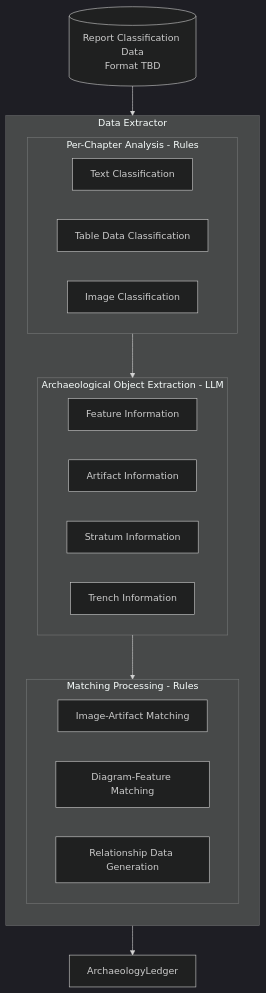
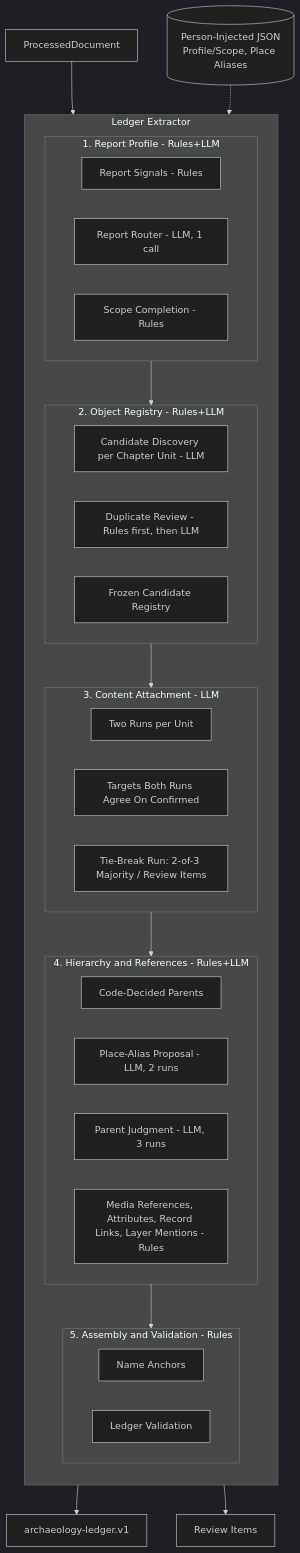
Before and after one commit to heripo-lab/heripo-engine: the fifth of 6 diagrams in docs/architecture.md, drawn with Mermaid (dark theme). The commit also changed other lines of this file and 12 other files, not shown here.

````diff
--- a/docs/architecture.md
+++ b/docs/architecture.md
@@ -356,30 +371,43 @@
 ```mermaid
 flowchart TB
-    subgraph DataExtractor[Data Extractor]
+    subgraph LedgerExtractor[Ledger Extractor]
         direction TB
 
-        subgraph Analysis[Per-Chapter Analysis - Rules]
-            A1[Text Classification]
-            A2[Table Data Classification]
-            A3[Image Classification]
+        subgraph Profile[1. Report Profile - Rules+LLM]
+            R1[Report Signals - Rules]
+            R2[Report Router - LLM, 1 call]
+            R3[Scope Completion - Rules]
         end
 
-        subgraph Extract[Archaeological Object Extraction - LLM]
-            E1[Feature Information]
-            E2[Artifact Information]
-            E3[Stratum Information]
-            E4[Trench Information]
+        subgraph Registry[2. Object Registry - Rules+LLM]
+            D1[Candidate Discovery per Chapter Unit - LLM]
+            D2[Duplicate Review - Rules first, then LLM]
+            D3[Frozen Candidate Registry]
         end
 
-        subgraph Match[Matching Processing - Rules]
-            M1[Image-Artifact Matching]
-            M2[Diagram-Feature Matching]
-            M3[Relationship Data Generation]
+        subgraph Attach[3. Content Attachment - LLM]
+            A1[Two Runs per Unit]
+            A2[Targets Both Runs Agree On Confirmed]
+            A3[Tie-Break Run: 2-of-3 Majority / Review Items]
         end
 
-        Analysis --> Extract --> Match
+        subgraph Relate[4. Hierarchy and References - Rules+LLM]
+            P1[Code-Decided Parents]
+            P2[Place-Alias Proposal - LLM, 2 runs]
+            P3[Parent Judgment - LLM, 3 runs]
+            P4[Media References, Attributes, Record Links, Layer Mentions - Rules]
+        end
+
+        subgraph Validate[5. Assembly and Validation - Rules]
+            V1[Name Anchors]
+            V2[Ledger Validation]
+        end
+
+        Profile --> Registry --> Attach --> Relate --> Validate
     end
 
-    Classified[(Report Classification Data<br/>Format TBD)] --> DataExtractor
-    DataExtractor --> LedgerData[ArchaeologyLedger]
+    Processed[ProcessedDocument] --> LedgerExtractor
+    Person[(Person-Injected JSON<br/>Profile/Scope, Place Aliases)] -.-> LedgerExtractor
+    LedgerExtractor --> LedgerData[archaeology-ledger.v1]
+    LedgerExtractor --> Review[Review Items]
 ```
````
